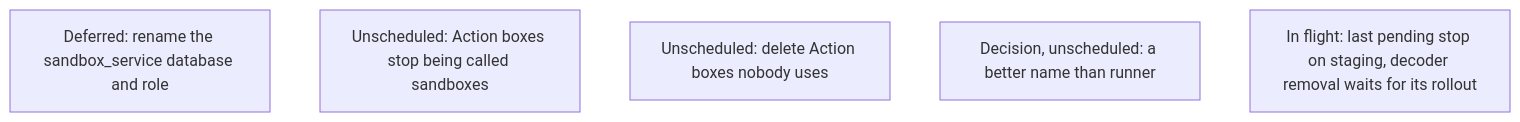
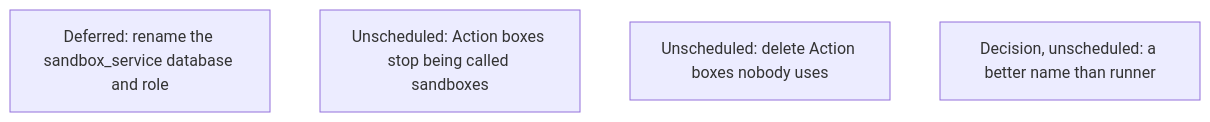
Before and after one commit to agentydragon-agent/ducktape: diagram 12 of 16 in agentplane/plans/task_dag.md, drawn with Mermaid. The commit also changed other lines of this file and 7 other files, not shown here.

````diff
--- a/agentplane/plans/task_dag.md
+++ b/agentplane/plans/task_dag.md
@@ -1583,8 +1583,7 @@
 ```mermaid
 flowchart TD
     HISTORY_DATABASE_RENAME[Deferred: rename the sandbox_service database and role]
     ACTION_BOX_RENAME[Unscheduled: Action boxes stop being called sandboxes]
     ACTION_BOX_IDLE_REAPER[Unscheduled: delete Action boxes nobody uses]
     RUNNER_RENAME[Decision, unscheduled: a better name than runner]
-    HARNESS_STOP_HISTORY_CLEANUP[In flight: last pending stop on staging, decoder removal waits for its rollout]
 ```
````
